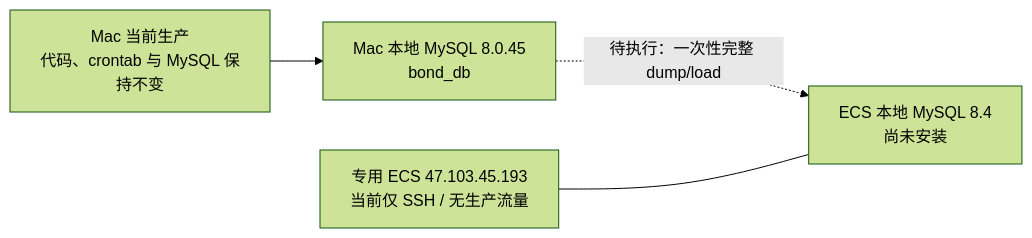
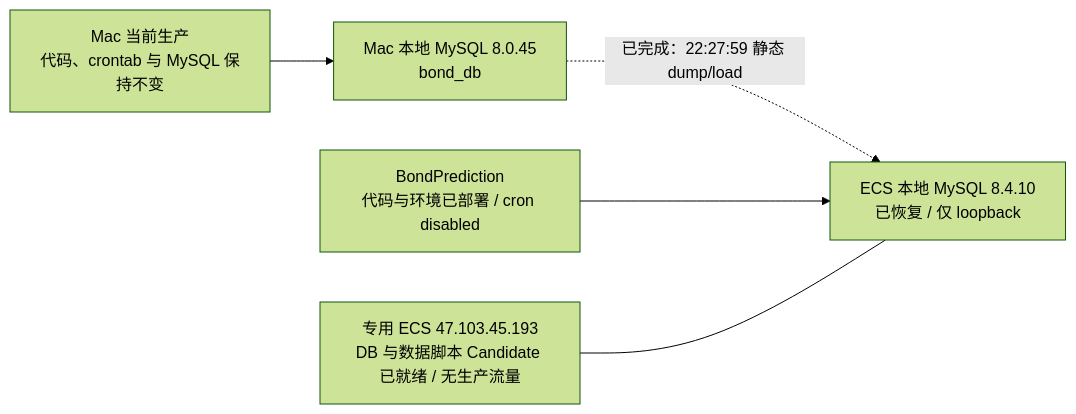
Before and after one commit to lucky1day/finlab-graylab: the first of 4 diagrams in docs/operations/ALIYUN_MIGRATION_ASSESSMENT.md, drawn with Mermaid (forest theme). The commit also changed other lines of this file, not shown here.

````diff
--- a/docs/operations/ALIYUN_MIGRATION_ASSESSMENT.md
+++ b/docs/operations/ALIYUN_MIGRATION_ASSESSMENT.md
@@ -118,10 +138,12 @@
 ```mermaid
 flowchart LR
-    C["专用 ECS 47.103.45.193\n当前仅 SSH / 无生产流量"]
+    C["专用 ECS 47.103.45.193\nDB 与数据脚本 Candidate 已就绪 / 无生产流量"]
     M["Mac 当前生产\n代码、crontab 与 MySQL 保持不变"]
     D["Mac 本地 MySQL 8.0.45\nbond_db"]
-    L["ECS 本地 MySQL 8.4\n尚未安装"]
+    L["ECS 本地 MySQL 8.4.10\n已恢复 / 仅 loopback"]
+    B["BondPrediction\n代码与环境已部署 / cron disabled"]
     M --> D
-    D -.->|"待执行：一次性完整 dump/load"| L
+    D -.->|"已完成：22:27:59 静态 dump/load"| L
+    B --> L
     C --- L
 ```
````
